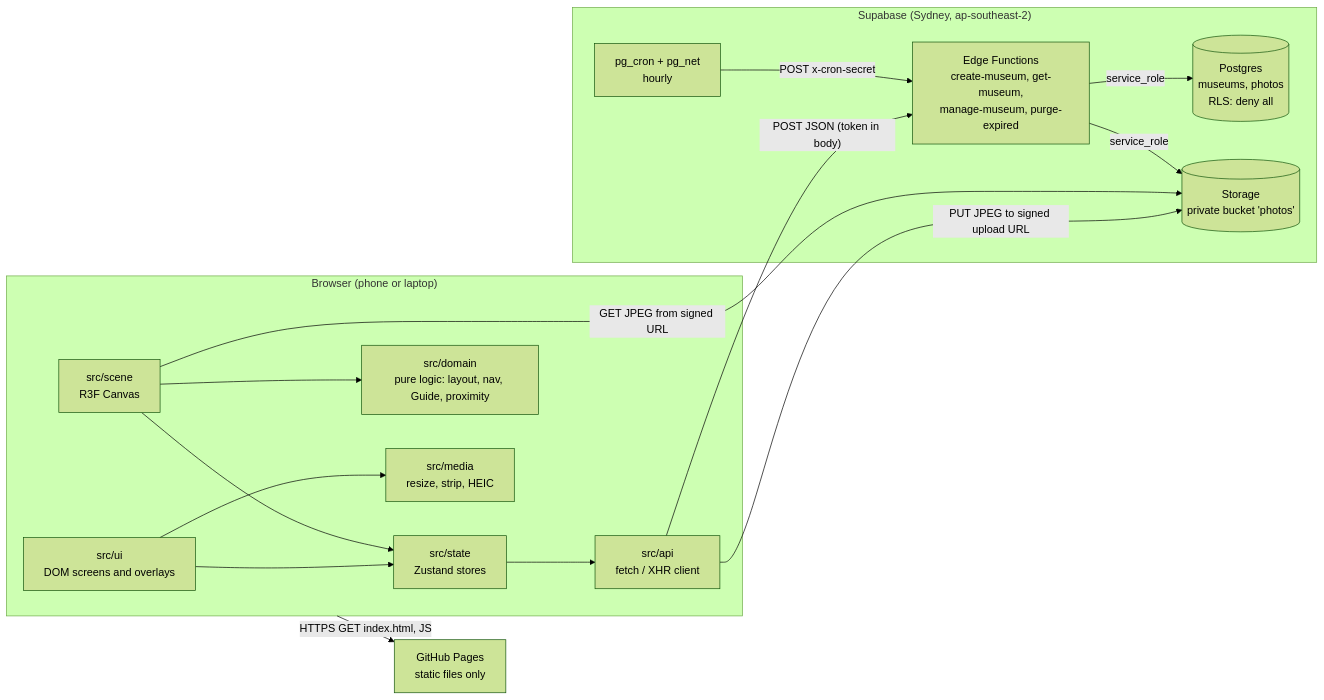
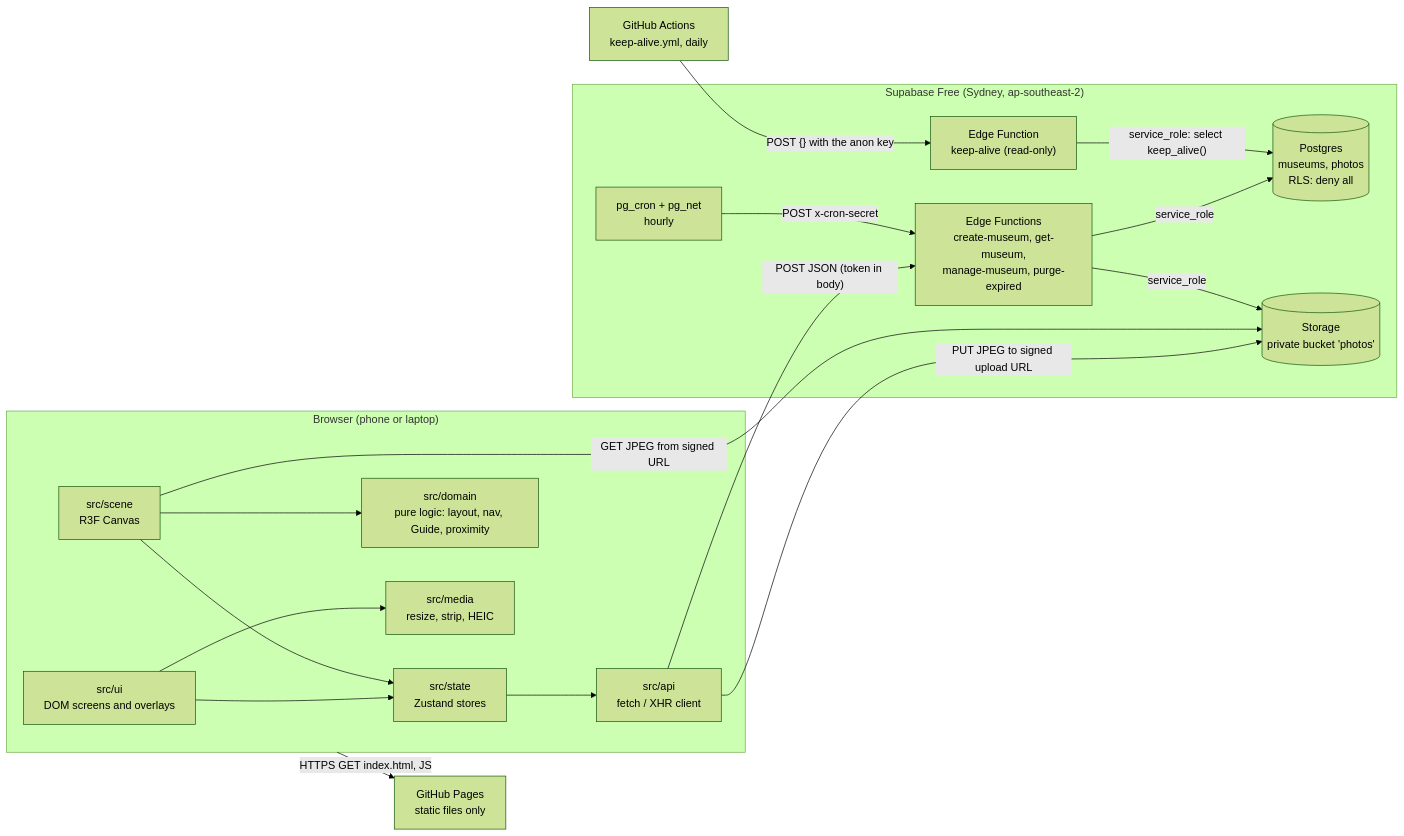
The first of 3 diagrams in docs/architecture.md (Patlu29/surprise-museum), drawn with Mermaid (forest theme) before and after one commit. The commit also changed other lines of this file and 11 other files, not shown here.

First line of the commit message:
build: pin the public npm registry for Deno; design for 7-day retention and keep-alive

````diff
--- a/docs/architecture.md
+++ b/docs/architecture.md
@@ -71,32 +72,36 @@
 ```mermaid
 flowchart LR
   subgraph Browser["Browser (phone or laptop)"]
     UI["src/ui<br/>DOM screens and overlays"]
     ST["src/state<br/>Zustand stores"]
     SC["src/scene<br/>R3F Canvas"]
     DM["src/domain<br/>pure logic: layout, nav, Guide, proximity"]
     MD["src/media<br/>resize, strip, HEIC"]
     API["src/api<br/>fetch / XHR client"]
     UI --> ST
     SC --> ST
     SC --> DM
     UI --> MD
     ST --> API
   end
 
   GHP["GitHub Pages<br/>static files only"]
-  subgraph Supabase["Supabase (Sydney, ap-southeast-2)"]
+  GHA["GitHub Actions<br/>keep-alive.yml, daily"]
+  subgraph Supabase["Supabase Free (Sydney, ap-southeast-2)"]
     EF["Edge Functions<br/>create-museum, get-museum,<br/>manage-museum, purge-expired"]
+    KA["Edge Function<br/>keep-alive (read-only)"]
     PG[("Postgres<br/>museums, photos<br/>RLS: deny all")]
     SB[("Storage<br/>private bucket 'photos'")]
     CRON["pg_cron + pg_net<br/>hourly"]
   end
 
   Browser -- "HTTPS GET index.html, JS" --> GHP
   API -- "POST JSON (token in body)" --> EF
   API -- "PUT JPEG to signed upload URL" --> SB
   SC -- "GET JPEG from signed URL" --> SB
   EF -- service_role --> PG
   EF -- service_role --> SB
   CRON -- "POST x-cron-secret" --> EF
+  GHA -- "POST {} with the anon key" --> KA
+  KA -- "service_role: select keep_alive()" --> PG
 ```
````
